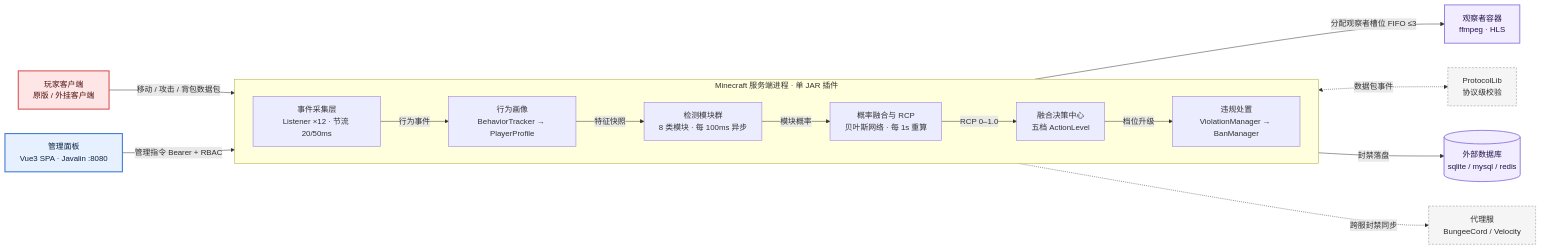
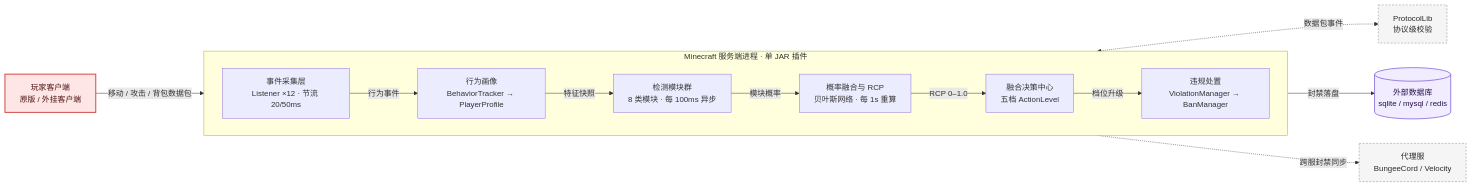
The diagram in README.md (cklsit/AdvancedAntiCheat), drawn with Mermaid before and after one commit. The commit also changed other lines of this file and 193 other files, not shown here.

````diff
--- a/README.md
+++ b/README.md
@@ -43,34 +43,29 @@
 ```mermaid
 flowchart LR
   P["玩家客户端<br/>原版 / 外挂客户端"]:::untrusted
 
   subgraph SRV["Minecraft 服务端进程 · 单 JAR 插件"]
     direction LR
     E["事件采集层<br/>Listener ×12 · 节流 20/50ms"]
     B["行为画像<br/>BehaviorTracker → PlayerProfile"]
     M["检测模块群<br/>8 类模块 · 每 100ms 异步"]
     F["概率融合与 RCP<br/>贝叶斯网络 · 每 1s 重算"]
     G["融合决策中心<br/>五档 ActionLevel"]
     S["违规处置<br/>ViolationManager → BanManager"]
     E -->|行为事件| B
     B -->|特征快照| M
     M -->|模块概率| F
     F -->|RCP 0–1.0| G
     G -->|档位升级| S
   end
 
   P -->|移动 / 攻击 / 背包数据包| E
 
-  W["管理面板<br/>Vue3 SPA · Javalin :8080"]:::auth
-  W -->|管理指令 Bearer + RBAC| G
-
-  E -->|分配观察者槽位 FIFO ≤3| O["观察者容器<br/>ffmpeg · HLS"]:::external
   M <-.->|数据包事件| L["ProtocolLib<br/>协议级校验"]:::soft
   S -->|封禁落盘| DB[("外部数据库<br/>sqlite / mysql / redis")]:::external
   S -.->|跨服封禁同步| PR["代理服<br/>BungeeCord / Velocity"]:::soft
 
   classDef untrusted fill:#ffe6e6,stroke:#d64545,stroke-width:2px,color:#4a1010
-  classDef auth fill:#e6f0ff,stroke:#2f6fd0,stroke-width:2px,color:#0d2440
   classDef external fill:#f1ecff,stroke:#7a5cd6,stroke-width:1.5px,color:#241247
   classDef soft fill:#f5f5f5,stroke:#8a8a8a,stroke-width:1px,stroke-dasharray:4 3,color:#2b2b2b
 ```
````
